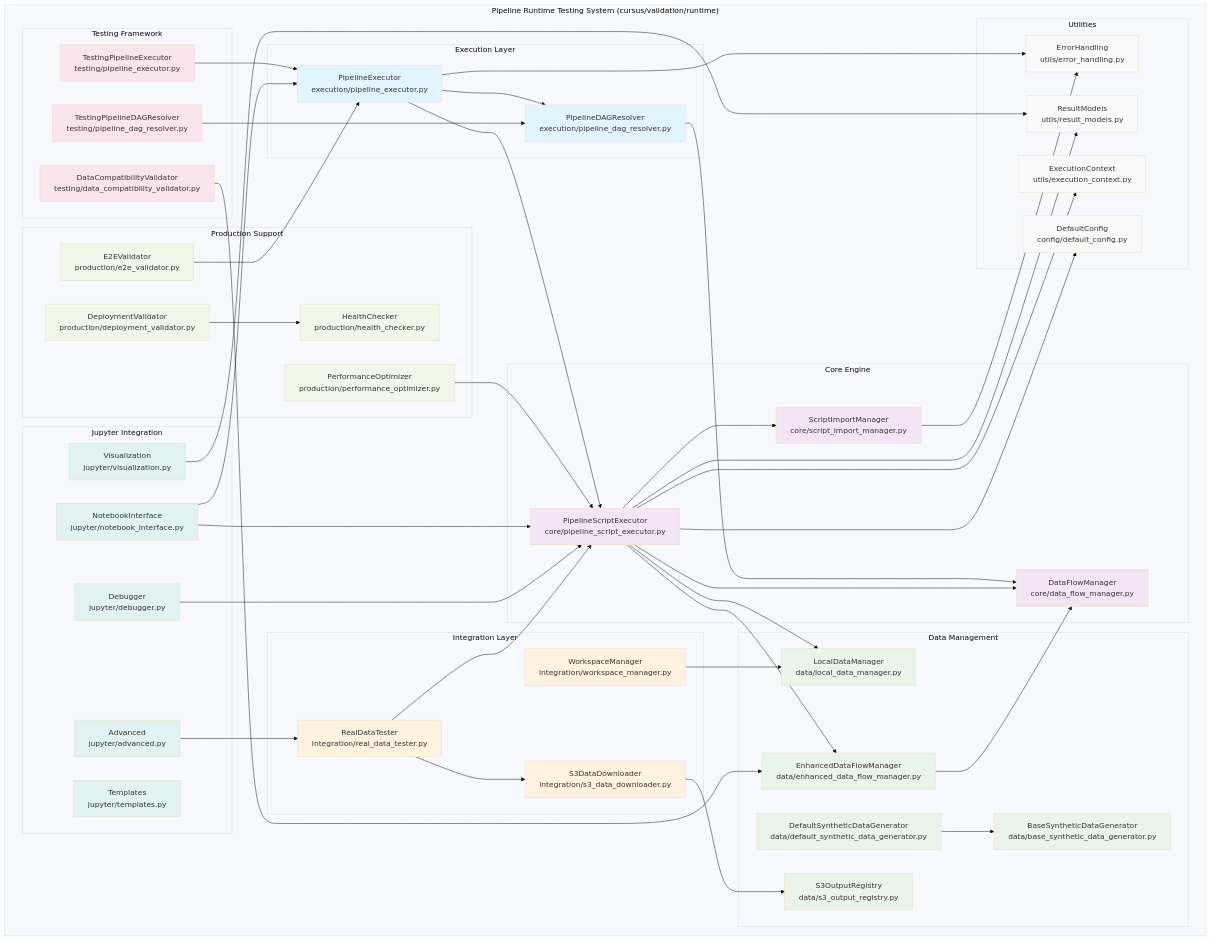
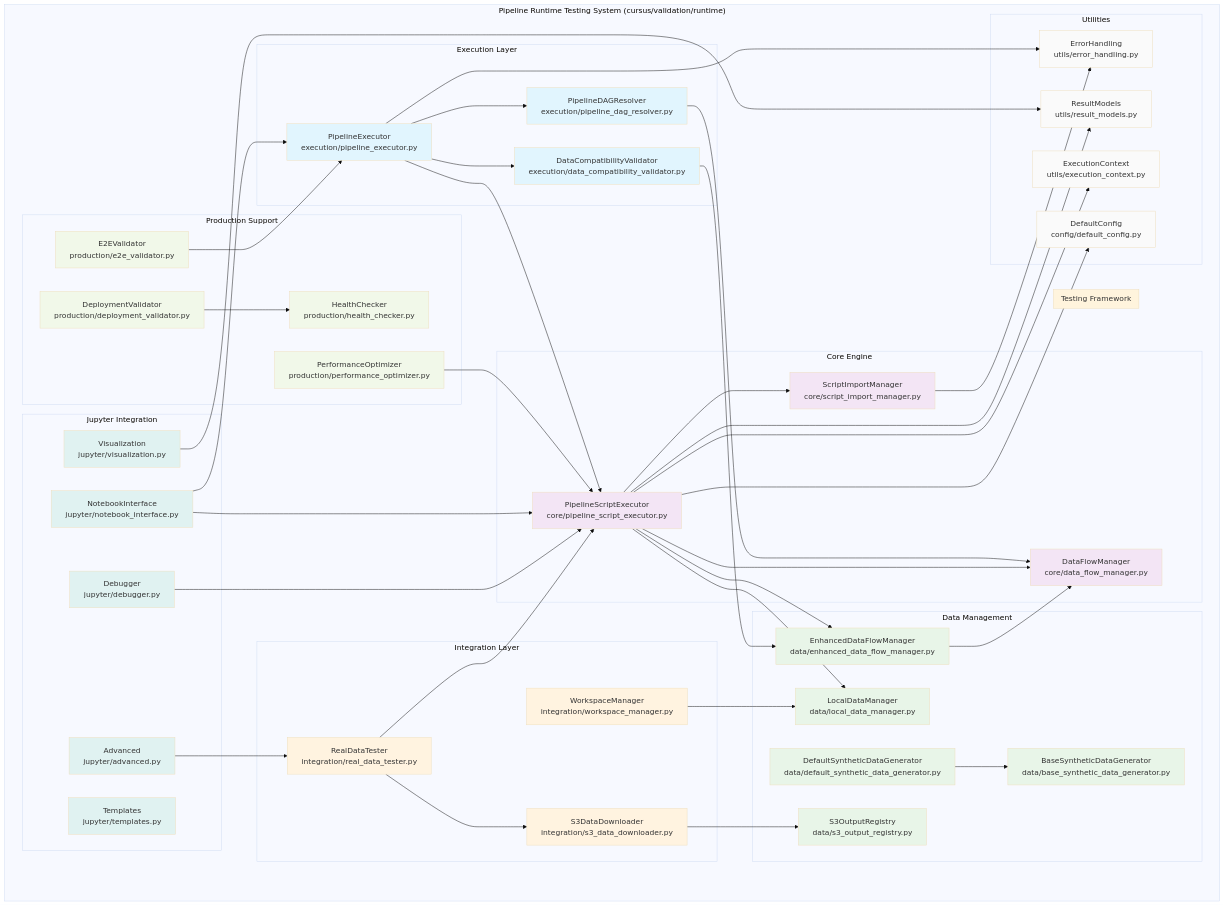
One commit to TianpeiLuke/cursus changed the diagram in slipbox/1_design/pipeline_runtime_testing_master_design.md. Above: the diagram before and after it, drawn with Mermaid (base theme). The commit also changed other lines of this file and 5 other files, not shown here.

```diff
--- a/slipbox/1_design/pipeline_runtime_testing_master_design.md
+++ b/slipbox/1_design/pipeline_runtime_testing_master_design.md
@@ -70,6 +70,7 @@
         subgraph "Execution Layer"
             PE[PipelineExecutor<br/>execution/pipeline_executor.py]
             PDR[PipelineDAGResolver<br/>execution/pipeline_dag_resolver.py]
+            DCV[DataCompatibilityValidator<br/>execution/data_compatibility_validator.py]
         end
         
         subgraph "Core Engine"
@@ -93,9 +94,8 @@
         end
         
         subgraph "Testing Framework"
-            DCV[DataCompatibilityValidator<br/>testing/data_compatibility_validator.py]
-            TPDR[TestingPipelineDAGResolver<br/>testing/pipeline_dag_resolver.py]
-            TPE[TestingPipelineExecutor<br/>testing/pipeline_executor.py]
+            %% Note: Core execution components moved to Execution Layer
+            %% Testing framework now focuses on specialized testing utilities
         end
         
         subgraph "Production Support"
@@ -124,7 +124,9 @@
     %% Execution Layer Relationships
     PE --> PDR
     PE --> PSE
+    PE --> DCV
     PDR --> DFM
+    DCV --> EDFM
     
     %% Core Engine Relationships
     PSE --> SIM
@@ -143,9 +145,7 @@
     WM --> LDM
     
     %% Testing Framework Relationships
-    TPE --> PE
-    TPDR --> PDR
-    DCV --> EDFM
+    %% Note: Testing framework components consolidated into Execution Layer
     
     %% Production Relationships
     E2EV --> PE
@@ -176,11 +176,11 @@
     classDef jupyter fill:#e0f2f1
     classDef utilities fill:#fafafa
     
-    class PE,PDR executionLayer
+    class PE,PDR,DCV executionLayer
     class PSE,SIM,DFM coreEngine
     class BSDG,DSDG,EDFM,LDM,SOR dataManagement
     class RDT,S3DD,WM integration
-    class DCV,TPDR,TPE testing
+    %% Testing framework styling removed - components moved to execution layer
     class DV,E2EV,HC,PO production
     class NI,VIZ,DBG,ADV,TMPL jupyter
     class EH,EC,RM,DC utilities
```
